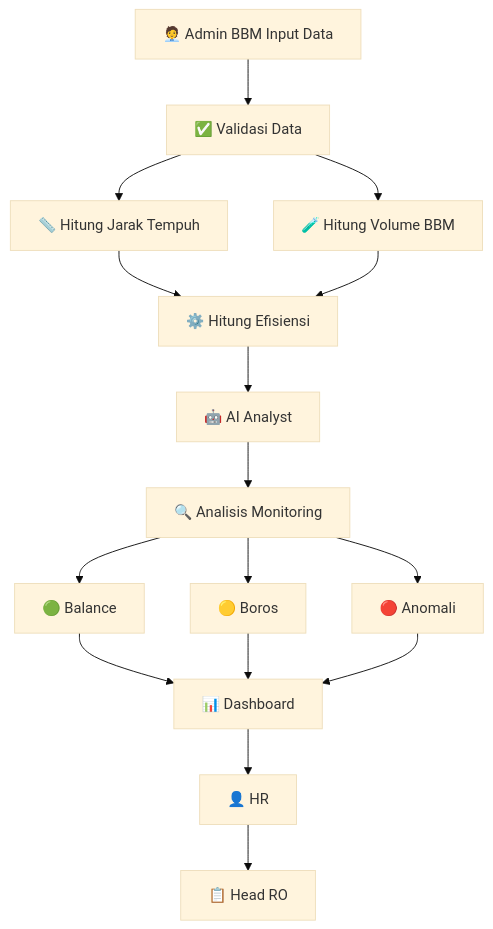
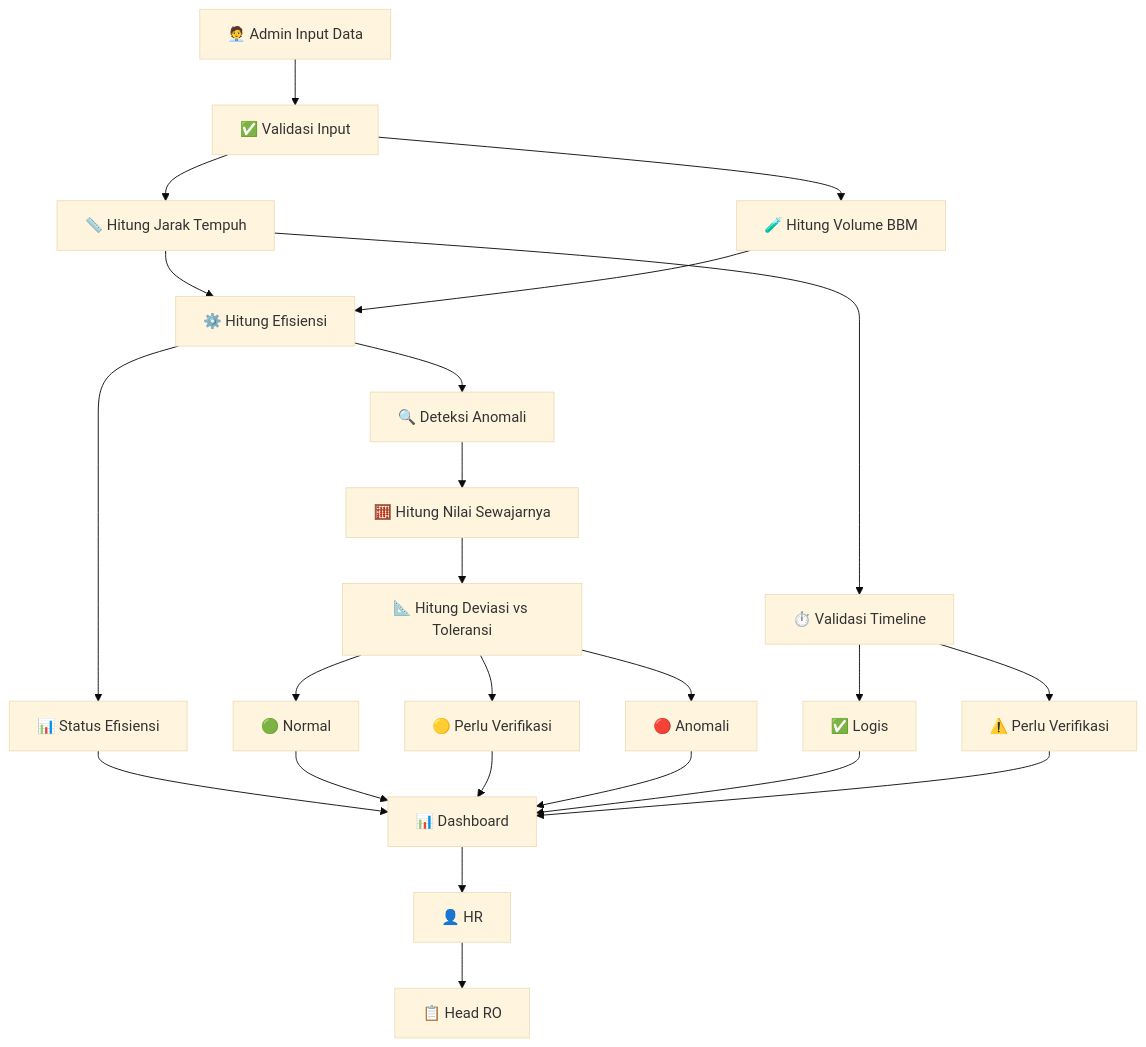
The first of 3 diagrams in README.md (ramjitampan/BMTA-Bensin-monitoring-Telkom-akses-), drawn with Mermaid (base theme) before and after one commit. The commit also changed other lines of this file, not shown here.

````diff
--- a/README.md
+++ b/README.md
@@ -185,22 +222,31 @@
 ```mermaid
 flowchart TD
-    A[🧑‍💼 Admin BBM Input Data] --> B[✅ Validasi Data]
+    A[🧑‍💼 Admin Input Data] --> B[✅ Validasi Input]
     B --> C[📏 Hitung Jarak Tempuh]
     B --> D[🧪 Hitung Volume BBM]
     C --> E[⚙️ Hitung Efisiensi]
     D --> E
 
-    E --> N[🤖 AI Analyst]
-    N --> F[🔍 Analisis Monitoring]
+    E --> F[📊 Status Efisiensi]
+    E --> G[🔍 Deteksi Anomali]
+    C --> H[⏱️ Validasi Timeline]
 
-    F --> G[🟢 Balance]
-    F --> H[🟡 Boros]
-    F --> I[🔴 Anomali]
+    G --> I[🧮 Hitung Nilai Sewajarnya]
+    I --> J[📐 Hitung Deviasi vs Toleransi]
+    J --> K[🟢 Normal]
+    J --> L[🟡 Perlu Verifikasi]
+    J --> M[🔴 Anomali]
 
-    G --> J[📊 Dashboard]
-    H --> J
-    I --> J
+    H --> N[✅ Logis]
+    H --> O[⚠️ Perlu Verifikasi]
 
-    J --> K[👤 HR]
-    K --> L[📋 Head RO]
+    F --> P[📊 Dashboard]
+    K --> P
+    L --> P
+    M --> P
+    N --> P
+    O --> P
+
+    P --> Q[👤 HR]
+    Q --> R[📋 Head RO]
 ```
````
